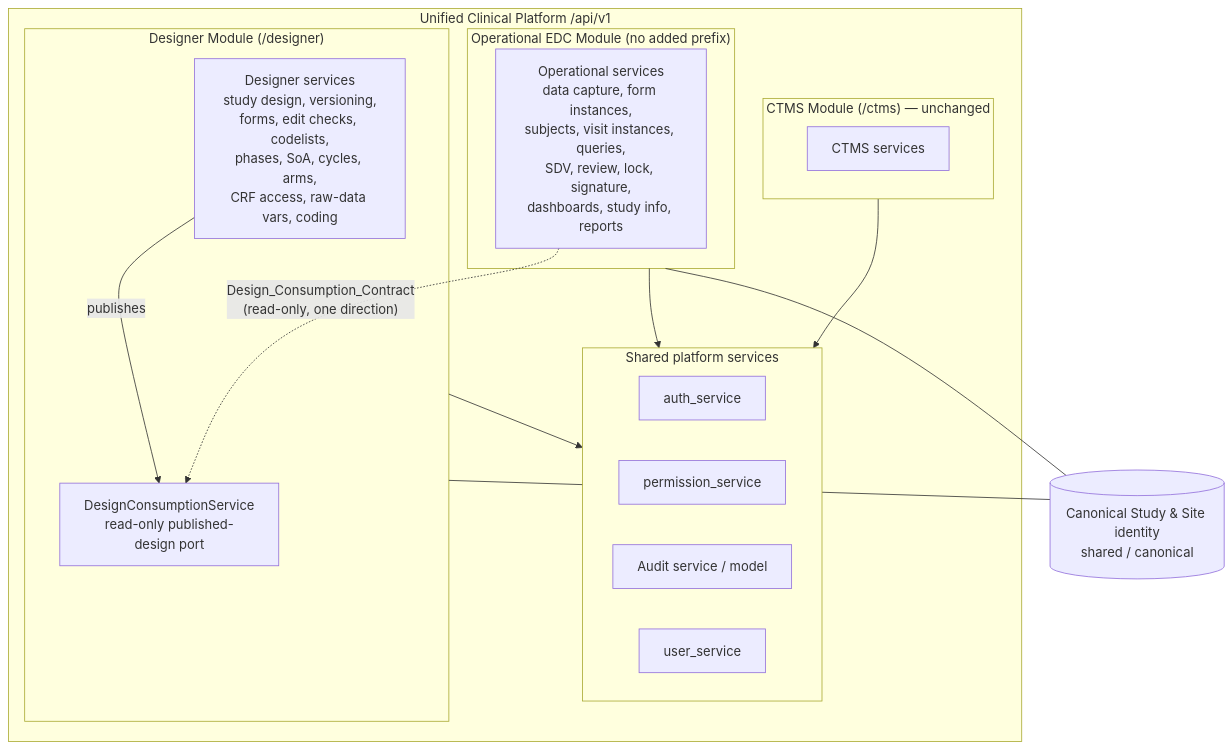
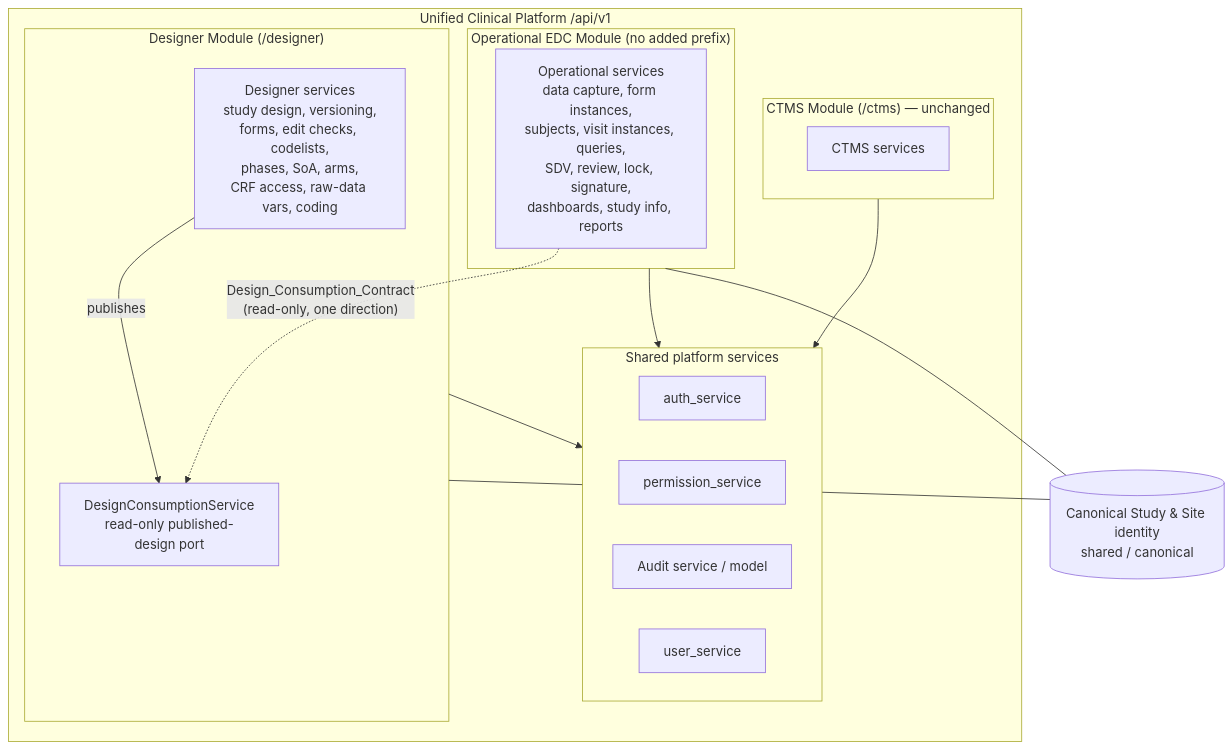
One commit to qingyuan1017/aurinara-edc changed the first of 3 diagrams in .kiro/specs/designer-edc-refactor/design.md. Above: the diagram before and after it, drawn with Mermaid. The commit also changed other lines of this file and 46 other files, not shown here.

````diff
--- a/.kiro/specs/designer-edc-refactor/design.md
+++ b/.kiro/specs/designer-edc-refactor/design.md
@@ -49,34 +49,34 @@
 ```mermaid
 graph TB
     subgraph Platform["Unified Clinical Platform  /api/v1"]
         subgraph Shared["Shared platform services"]
             AUTH[auth_service]
             PERM[permission_service]
             AUDIT[Audit service / model]
             USER[user_service]
         end
 
         subgraph Designer["Designer Module  (/designer)"]
-            DSVC[Designer services<br/>study design, versioning,<br/>forms, edit checks, codelists,<br/>phases, SoA, cycles, arms,<br/>CRF access, raw-data vars, coding]
+            DSVC[Designer services<br/>study design, versioning,<br/>forms, edit checks, codelists,<br/>phases, SoA, arms,<br/>CRF access, raw-data vars, coding]
             DPORT[DesignConsumptionService<br/>read-only published-design port]
             DSVC -- publishes --> DPORT
         end
 
         subgraph EDC["Operational EDC Module  (no added prefix)"]
             EDCSVC[Operational services<br/>data capture, form instances,<br/>subjects, visit instances, queries,<br/>SDV, review, lock, signature,<br/>dashboards, study info, reports]
         end
 
         subgraph CTMS["CTMS Module  (/ctms)  — unchanged"]
             CTMSSVC[CTMS services]
         end
     end
 
     EDCSVC -. "Design_Consumption_Contract<br/>(read-only, one direction)" .-> DPORT
     Designer --> Shared
     EDC --> Shared
     CTMS --> Shared
 
     Study[(Canonical Study & Site identity<br/>shared / canonical)]
     Designer --- Study
     EDC --- Study
 ```
````
